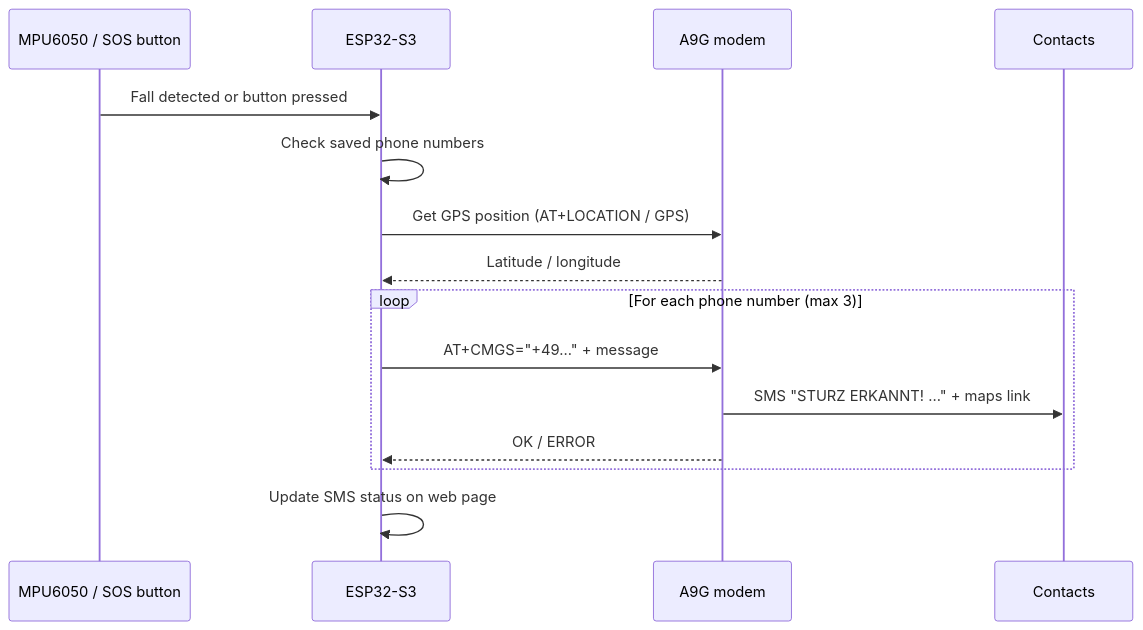
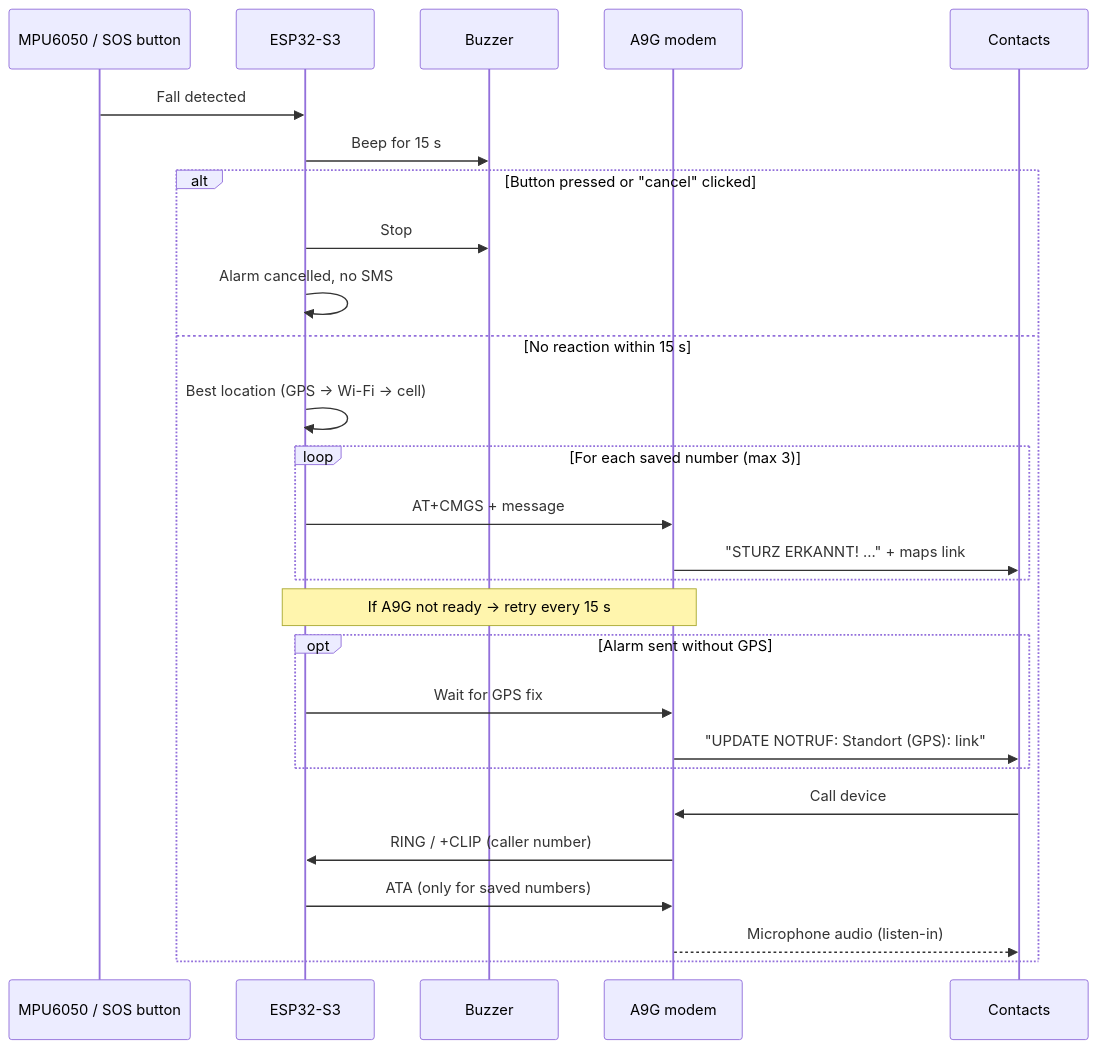
One commit to glena04/FallDetection-SOS changed the second of 3 diagrams in README.md. Above: the diagram before and after it, drawn with Mermaid. The commit also changed other lines of this file, not shown here.

````diff
--- a/README.md
+++ b/README.md
@@ -108,18 +131,30 @@
 ```mermaid
 sequenceDiagram
     participant S as MPU6050 / SOS button
     participant E as ESP32-S3
+    participant B as Buzzer
     participant A as A9G modem
     participant C as Contacts
 
-    S->>E: Fall detected or button pressed
-    E->>E: Check saved phone numbers
-    E->>A: Get GPS position (AT+LOCATION / GPS)
-    A-->>E: Latitude / longitude
-    loop For each phone number (max 3)
-        E->>A: AT+CMGS="+49..."  + message
-        A->>C: SMS "STURZ ERKANNT! ..." + maps link
-        A-->>E: OK / ERROR
+    S->>E: Fall detected
+    E->>B: Beep for 15 s
+    alt Button pressed or "cancel" clicked
+        E->>B: Stop
+        E->>E: Alarm cancelled, no SMS
+    else No reaction within 15 s
+        E->>E: Best location (GPS → Wi-Fi → cell)
+        loop For each saved number (max 3)
+            E->>A: AT+CMGS + message
+            A->>C: "STURZ ERKANNT! ..." + maps link
+        end
+        Note over E,A: If A9G not ready → retry every 15 s
+        opt Alarm sent without GPS
+            E->>A: Wait for GPS fix
+            A->>C: "UPDATE NOTRUF: Standort (GPS): link"
+        end
+        C->>A: Call device
+        A->>E: RING / +CLIP (caller number)
+        E->>A: ATA (only for saved numbers)
+        A-->>C: Microphone audio (listen-in)
     end
-    E->>E: Update SMS status on web page
 ```
````
